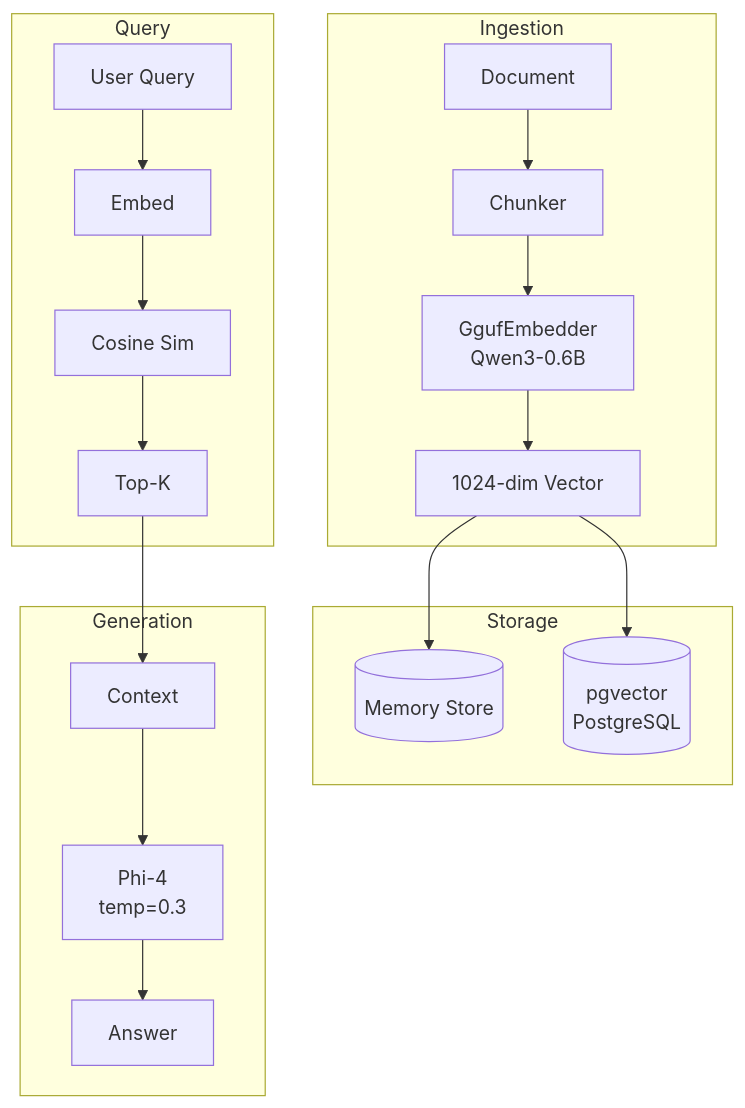
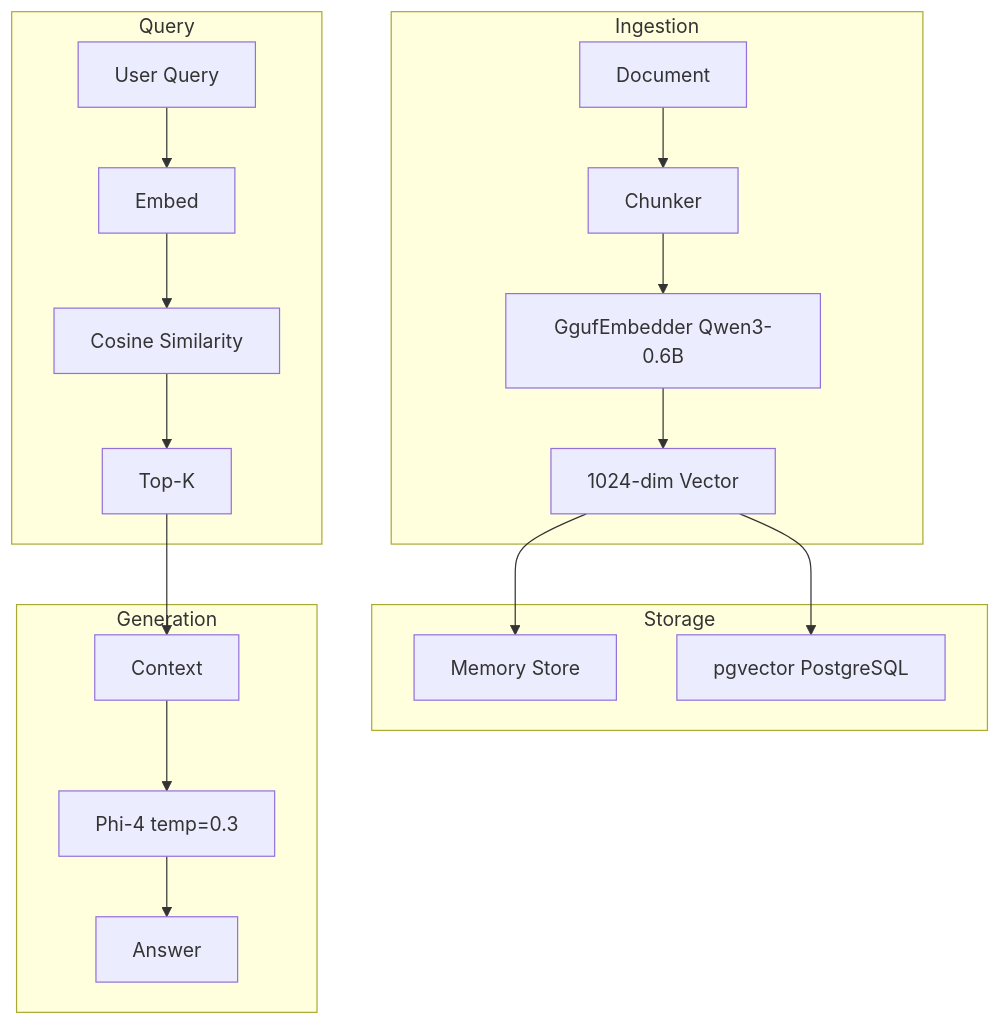
The sixth of 14 diagrams in README.md (rbkhan007/Photato-Phi-3-Custom-Model), drawn with Mermaid before and after one commit. The commit also changed other lines of this file, not shown here.

Commit message:
fix Training Pipeline mermaid diagram rendering

````diff
--- a/README.md
+++ b/README.md
@@ -596,25 +623,25 @@
 ```mermaid
 flowchart TD
     subgraph Ingestion
         DOC[Document] --> CHUNK[Chunker]
-        CHUNK --> EMBED[GgufEmbedder<br/>Qwen3-0.6B]
+        CHUNK --> EMBED[GgufEmbedder Qwen3-0.6B]
         EMBED --> VEC[1024-dim Vector]
     end
     
     subgraph Storage
-        VEC --> MEM[(Memory Store)]
-        VEC --> PGS[(pgvector<br/>PostgreSQL)]
+        VEC --> MEM[Memory Store]
+        VEC --> PGS[pgvector PostgreSQL]
     end
     
     subgraph Query
         QUERY[User Query] --> QEMBED[Embed]
-        QEMBED --> SIM[Cosine Sim]
+        QEMBED --> SIM[Cosine Similarity]
         SIM --> TOPK[Top-K]
     end
     
     subgraph Generation
         TOPK --> CTX[Context]
-        CTX --> PHI4[Phi-4<br/>temp=0.3]
+        CTX --> PHI4[Phi-4 temp=0.3]
         PHI4 --> ANSWER[Answer]
     end
 ```
````
